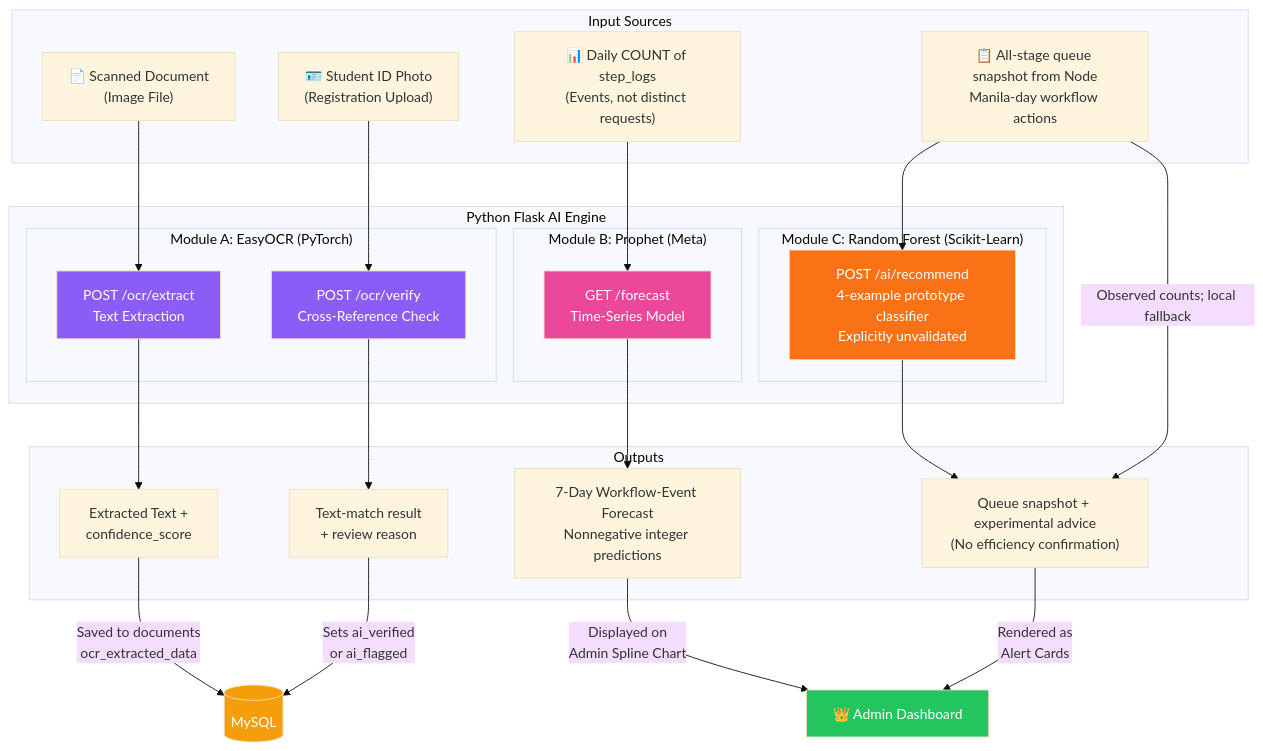
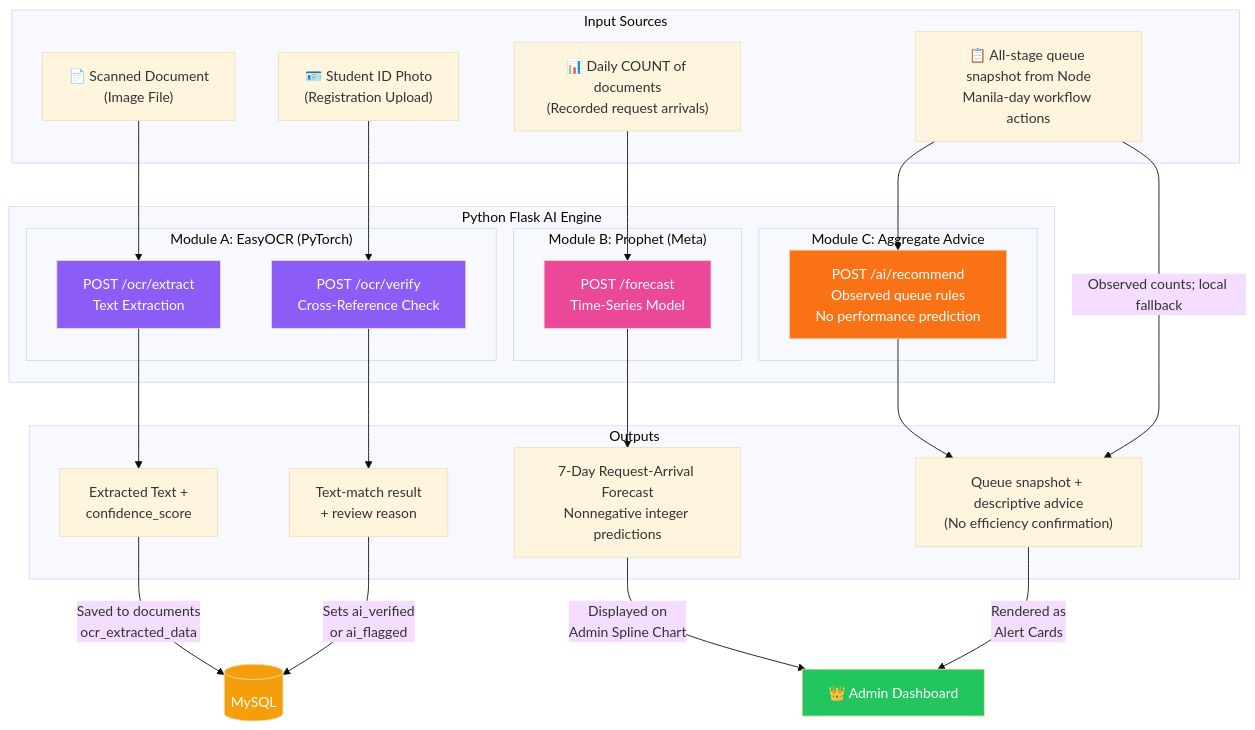
The third of 5 diagrams in docs/CAPSTONE_DEFENSE_GUIDE.md (mafuyyuuu/Project-TRACE), drawn with Mermaid (base theme) before and after one commit. The commit also changed other lines of this file and 67 other files, not shown here.

````diff
--- a/docs/CAPSTONE_DEFENSE_GUIDE.md
+++ b/docs/CAPSTONE_DEFENSE_GUIDE.md
@@ -146,47 +146,47 @@
 ```mermaid
 flowchart TB
     subgraph "Input Sources"
         SCAN["📄 Scanned Document<br/>(Image File)"]
         IDPHOTO["🪪 Student ID Photo<br/>(Registration Upload)"]
-        STEPLOGS["📊 Daily COUNT of step_logs<br/>(Events, not distinct requests)"]
+        STEPLOGS["📊 Daily COUNT of documents<br/>(Recorded request arrivals)"]
         QUEUES["📋 All-stage queue snapshot from Node<br/>Manila-day workflow actions"]
     end
 
     subgraph "Python Flask AI Engine"
         subgraph "Module A: EasyOCR (PyTorch)"
             OCR_EXTRACT["POST /ocr/extract<br/>Text Extraction"]
             OCR_VERIFY["POST /ocr/verify<br/>Cross-Reference Check"]
         end
         subgraph "Module B: Prophet (Meta)"
-            PROPHET["GET /forecast<br/>Time-Series Model"]
+            PROPHET["POST /forecast<br/>Time-Series Model"]
         end
-        subgraph "Module C: Random Forest (Scikit-Learn)"
-            RF["POST /ai/recommend<br/>4-example prototype classifier<br/>Explicitly unvalidated"]
+        subgraph "Module C: Aggregate Advice"
+            RF["POST /ai/recommend<br/>Observed queue rules<br/>No performance prediction"]
         end
     end
 
     subgraph "Outputs"
         EXTRACTED["Extracted Text +<br/>confidence_score"]
         VERIFIED["Text-match result<br/>+ review reason"]
-        FORECAST_OUT["7-Day Workflow-Event Forecast<br/>Nonnegative integer predictions"]
-        ALERTS["Queue snapshot + experimental advice<br/>(No efficiency confirmation)"]
+        FORECAST_OUT["7-Day Request-Arrival Forecast<br/>Nonnegative integer predictions"]
+        ALERTS["Queue snapshot + descriptive advice<br/>(No efficiency confirmation)"]
     end
 
     SCAN --> OCR_EXTRACT --> EXTRACTED
     IDPHOTO --> OCR_VERIFY --> VERIFIED
     STEPLOGS --> PROPHET --> FORECAST_OUT
     QUEUES --> RF --> ALERTS
     QUEUES -->|"Observed counts; local fallback"| ALERTS
 
     EXTRACTED -->|"Saved to documents<br/>ocr_extracted_data"| DB[("MySQL")]
     VERIFIED -->|"Sets ai_verified<br/>or ai_flagged"| DB
     FORECAST_OUT -->|"Displayed on<br/>Admin Spline Chart"| ADMIN["👑 Admin Dashboard"]
     ALERTS -->|"Rendered as<br/>Alert Cards"| ADMIN
 
     style OCR_EXTRACT fill:#8b5cf6,color:#fff
     style OCR_VERIFY fill:#8b5cf6,color:#fff
     style PROPHET fill:#ec4899,color:#fff
     style RF fill:#f97316,color:#fff
     style DB fill:#f59e0b,color:#fff
     style ADMIN fill:#22c55e,color:#fff
 ```
````
